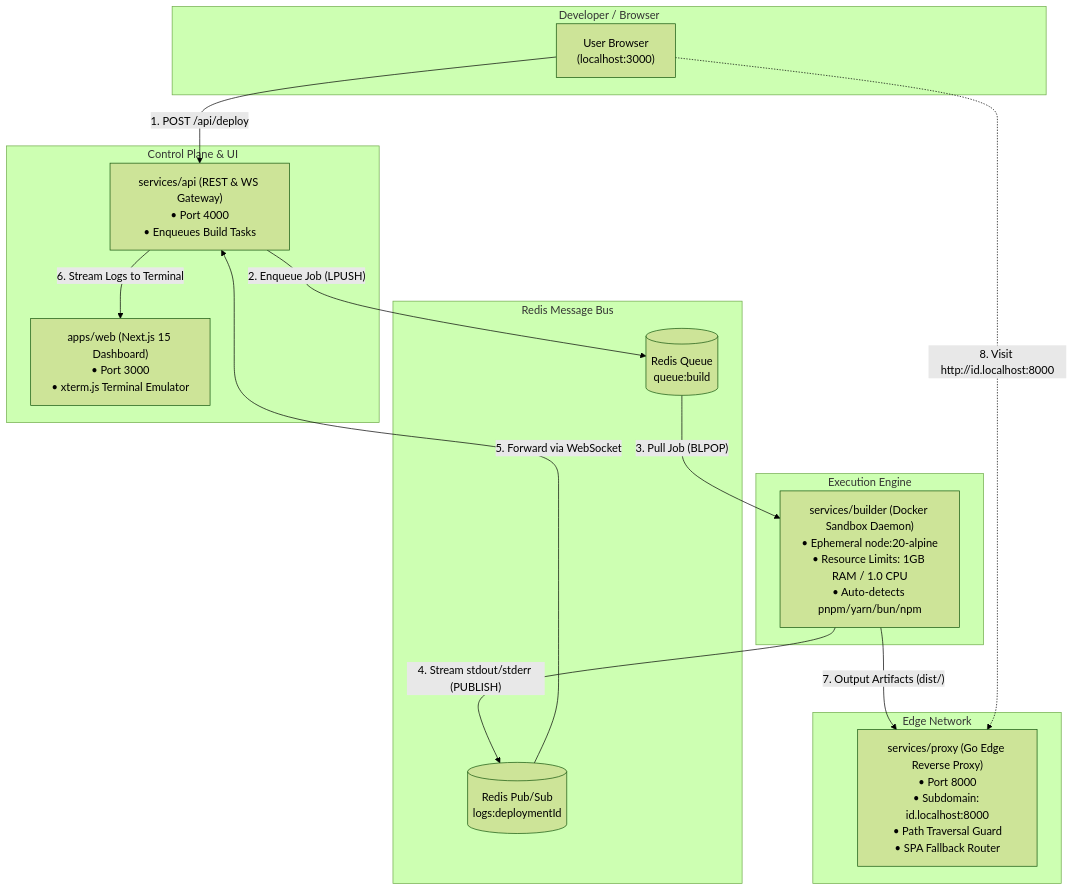
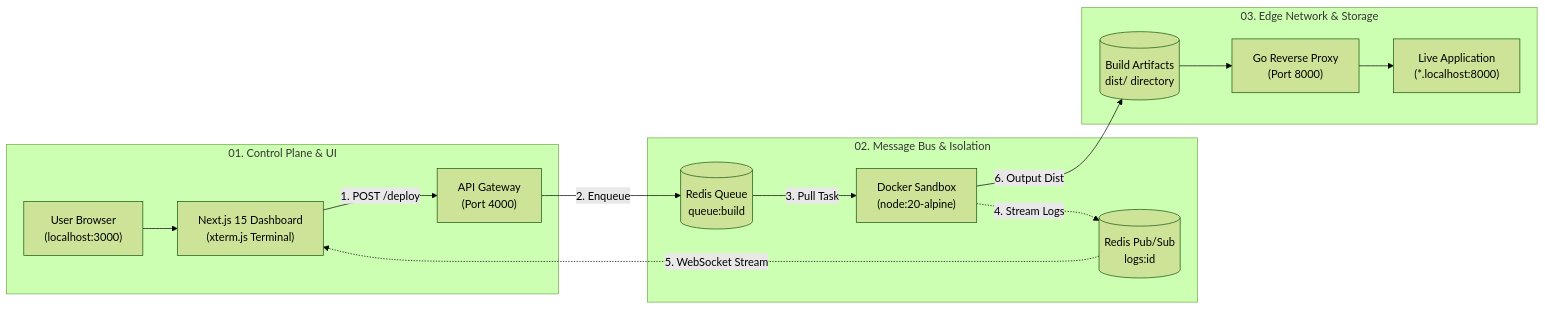
Before and after one commit to gxmngi/stratus-cloud: the diagram in README.md, drawn with Mermaid (forest theme). The commit also changed other lines of this file and 1 other file, not shown here.

Commit message:
docs: replace cluttered architecture diagram with clean dark-mode vector SVG and streamlined pipeline breakdown

````diff
--- a/README.md
+++ b/README.md
@@ -32,33 +54,30 @@
 ```mermaid
-flowchart TD
-    subgraph Client["Developer / Browser"]
-        Dev["User Browser\n(localhost:3000)"]
+flowchart LR
+    subgraph UI ["01. Control Plane & UI"]
+        Dev["User Browser<br/>(localhost:3000)"]
+        Dash["Next.js 15 Dashboard<br/>(xterm.js Terminal)"]
+        API["API Gateway<br/>(Port 4000)"]
+        Dev --> Dash
+        Dash -->|"1. POST /deploy"| API
     end
 
-    subgraph ControlPlane["Control Plane & UI"]
-        API["services/api (REST & WS Gateway)\n• Port 4000\n• Enqueues Build Tasks"]
-        Dash["apps/web (Next.js 15 Dashboard)\n• Port 3000\n• xterm.js Terminal Emulator"]
+    subgraph Broker ["02. Message Bus & Isolation"]
+        RedisQueue[("Redis Queue<br/>queue:build")]
+        Docker["Docker Sandbox<br/>(node:20-alpine)"]
+        RedisPubSub[("Redis Pub/Sub<br/>logs:id")]
+        RedisQueue -->|"3. Pull Task"| Docker
+        Docker -.->|"4. Stream Logs"| RedisPubSub
     end
 
-    subgraph MessageBus["Redis Message Bus"]
-        Queue[("Redis Queue\nqueue:build")]
-        PubSub[("Redis Pub/Sub\nlogs:deploymentId")]
+    subgraph Edge ["03. Edge Network & Storage"]
+        Dist[("Build Artifacts<br/>dist/ directory")]
+        GoProxy["Go Reverse Proxy<br/>(Port 8000)"]
+        App["Live Application<br/>(*.localhost:8000)"]
+        Dist --> GoProxy
+        GoProxy --> App
     end
 
-    subgraph ExecutionEngine["Execution Engine"]
-        Builder["services/builder (Docker Sandbox Daemon)\n• Ephemeral node:20-alpine\n• Resource Limits: 1GB RAM / 1.0 CPU\n• Auto-detects pnpm/yarn/bun/npm"]
-    end
-
-    subgraph EdgeNetwork["Edge Network"]
-        Proxy["services/proxy (Go Edge Reverse Proxy)\n• Port 8000\n• Subdomain: id.localhost:8000\n• Path Traversal Guard\n• SPA Fallback Router"]
-    end
-
-    Dev -->|"1. POST /api/deploy"| API
-    API -->|"2. Enqueue Job (LPUSH)"| Queue
-    Queue -->|"3. Pull Job (BLPOP)"| Builder
-    Builder -->|"4. Stream stdout/stderr (PUBLISH)"| PubSub
-    PubSub -->|"5. Forward via WebSocket"| API
-    API -->|"6. Stream Logs to Terminal"| Dash
-    Builder -->|"7. Output Artifacts (dist/)"| Proxy
-    Dev -.->|"8. Visit http://id.localhost:8000"| Proxy
+    API -->|"2. Enqueue"| RedisQueue
+    RedisPubSub -.->|"5. WebSocket Stream"| Dash
+    Docker -->|"6. Output Dist"| Dist
 ```
````
